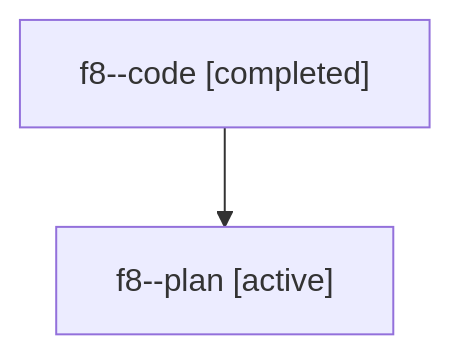
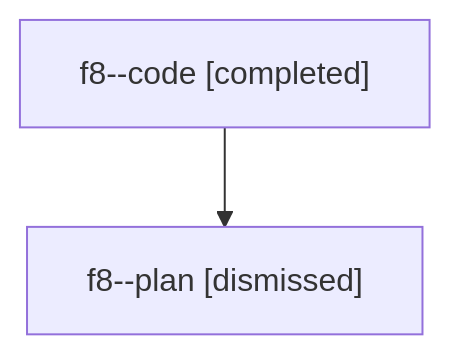
Before and after one commit to sase-org/sase--agents: the diagram in sessions/bbugyi200.athena.f8.md, drawn with Mermaid. The commit also changed other lines of this file and 30 other files, not shown here.

````diff
--- a/sessions/bbugyi200.athena.f8.md
+++ b/sessions/bbugyi200.athena.f8.md
@@ -9,6 +9,6 @@
 ```mermaid
 flowchart TD
   n0["f8--code [completed]"]
-  n1["f8--plan [active]"]
+  n1["f8--plan [dismissed]"]
   n0 --> n1
 ```
````
